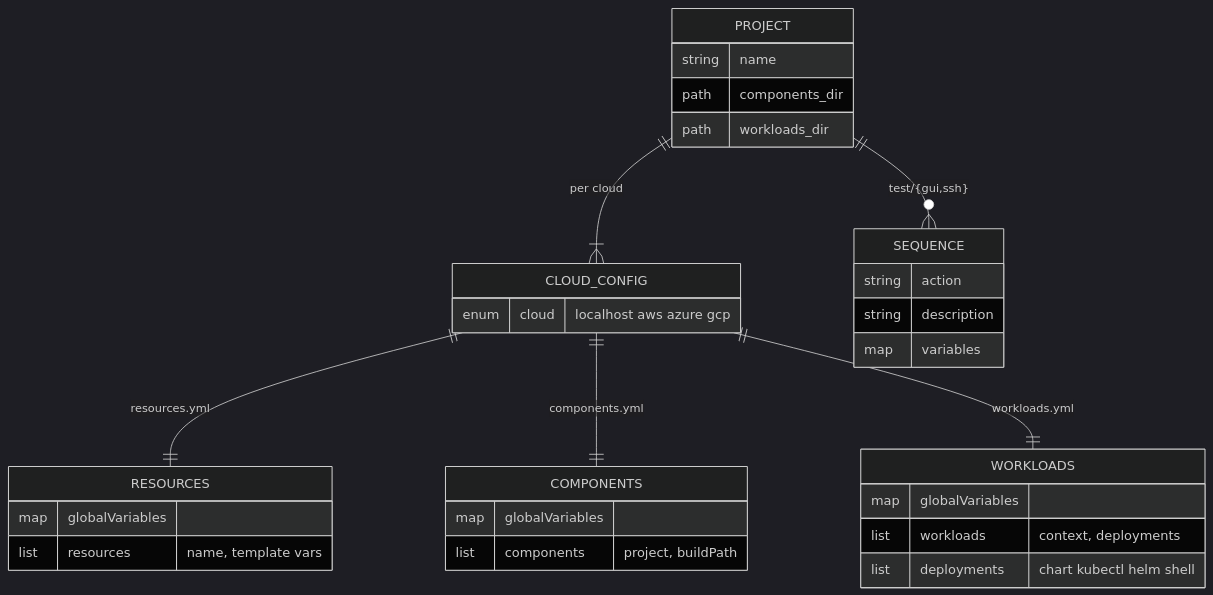
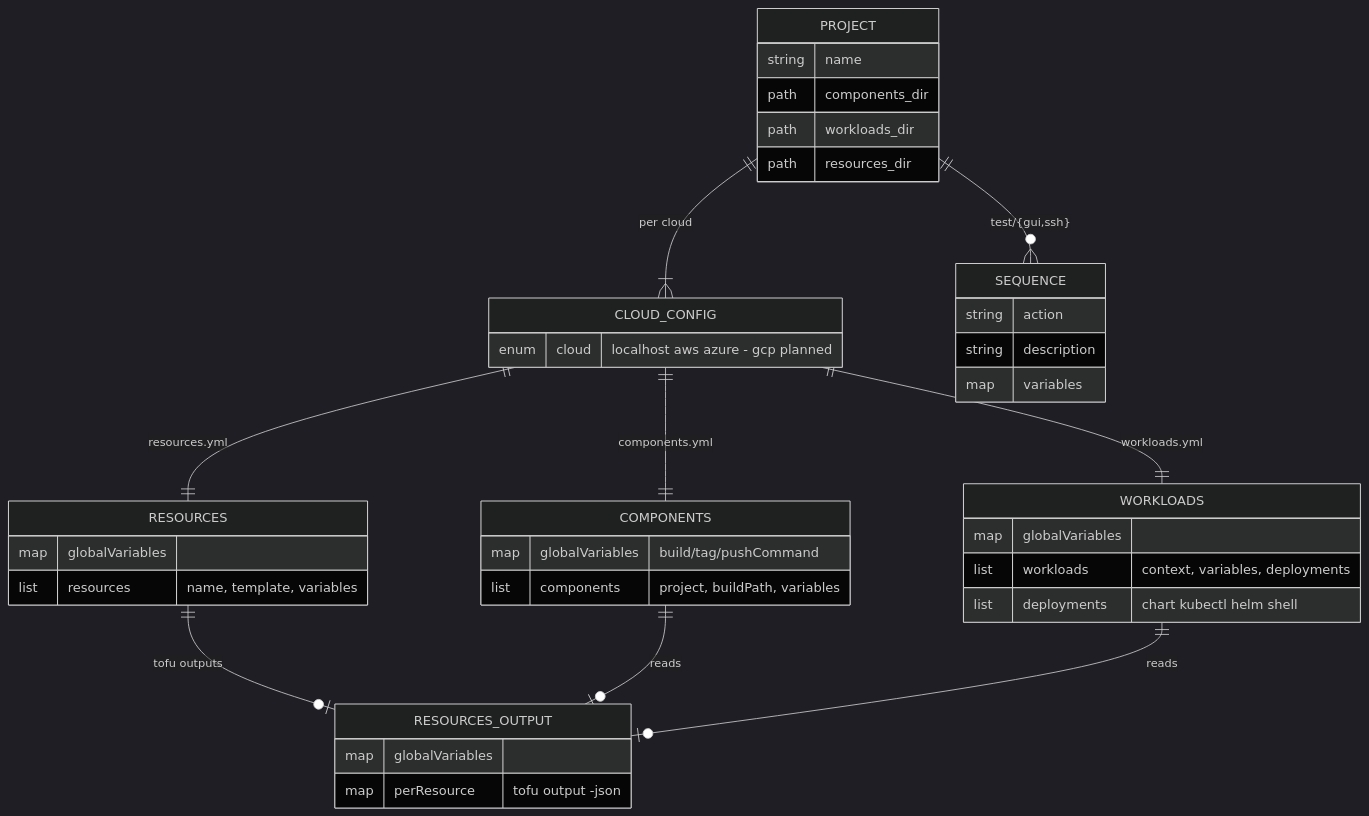
The first of 2 diagrams in docs/design/05-data-model.md (alissonsol/yuruna), drawn with Mermaid (dark theme) before and after one commit. The commit also changed other lines of this file and 492 other files, not shown here.

````diff
--- a/docs/design/05-data-model.md
+++ b/docs/design/05-data-model.md
@@ -16,35 +16,43 @@
 ```mermaid
 erDiagram
     PROJECT ||--|{ CLOUD_CONFIG : "per cloud"
     PROJECT ||--o{ SEQUENCE : "test/{gui,ssh}"
     CLOUD_CONFIG ||--|| RESOURCES : resources.yml
     CLOUD_CONFIG ||--|| COMPONENTS : components.yml
     CLOUD_CONFIG ||--|| WORKLOADS : workloads.yml
+    RESOURCES ||--o| RESOURCES_OUTPUT : "tofu outputs"
+    COMPONENTS ||--o| RESOURCES_OUTPUT : reads
+    WORKLOADS ||--o| RESOURCES_OUTPUT : reads
 
     PROJECT {
         string name
         path components_dir
         path workloads_dir
+        path resources_dir
     }
     CLOUD_CONFIG {
-        enum cloud "localhost aws azure gcp"
+        enum cloud "localhost aws azure - gcp planned"
     }
     RESOURCES {
         map globalVariables
-        list resources "name, template vars"
+        list resources "name, template, variables"
     }
     COMPONENTS {
-        map globalVariables
-        list components "project, buildPath"
+        map globalVariables "build/tag/pushCommand"
+        list components "project, buildPath, variables"
     }
     WORKLOADS {
         map globalVariables
-        list workloads "context, deployments"
+        list workloads "context, variables, deployments"
         list deployments "chart kubectl helm shell"
+    }
+    RESOURCES_OUTPUT {
+        map globalVariables
+        map perResource "tofu output -json"
     }
     SEQUENCE {
         string action
         string description
         map variables
     }
 ```
````
